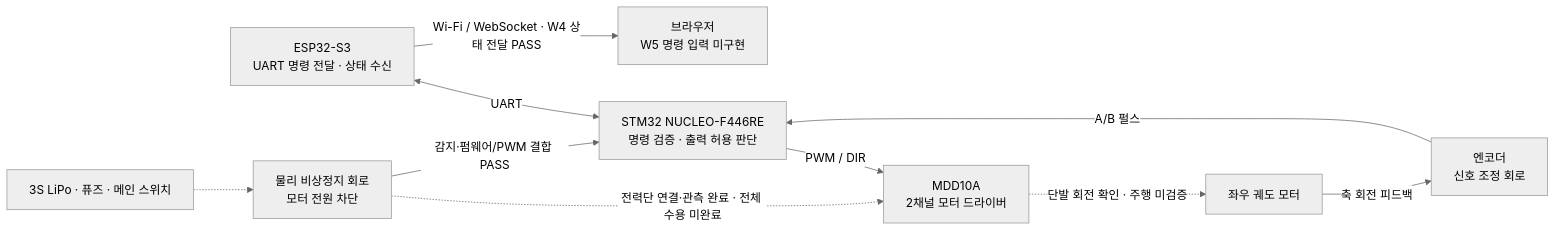
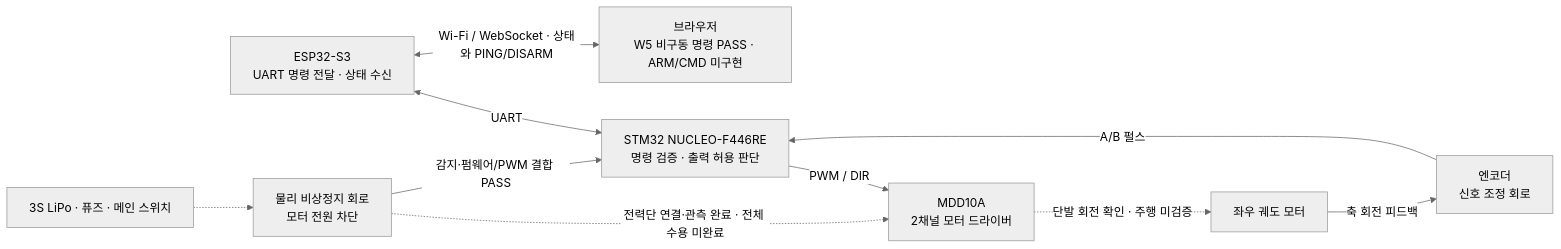
Before and after one commit to pr0ved99/TIL: the diagram in Projects/Tracked_Mobile_Robot/README.md, drawn with Mermaid (neutral theme). The commit also changed other lines of this file and 35 other files, not shown here.

First line of the commit message:
feat(robot): add W5 PING/DISARM command round trips

````diff
--- a/Projects/Tracked_Mobile_Robot/README.md
+++ b/Projects/Tracked_Mobile_Robot/README.md
@@ -43,12 +43,12 @@
 ```mermaid
 flowchart LR
     ESP["ESP32-S3<br/>UART 명령 전달 · 상태 수신"] <-->|UART| STM["STM32 NUCLEO-F446RE<br/>명령 검증 · 출력 허용 판단"]
-    ESP -->|Wi-Fi / WebSocket · W4 상태 전달 PASS| WEB["브라우저<br/>W5 명령 입력 미구현"]
+    ESP <-->|Wi-Fi / WebSocket · 상태와 PING/DISARM| WEB["브라우저<br/>W5 비구동 명령 PASS · ARM/CMD 미구현"]
     STM -->|PWM / DIR| DRIVER["MDD10A<br/>2채널 모터 드라이버"]
     DRIVER -.->|단발 회전 확인 · 주행 미검증| MOTOR["좌우 궤도 모터"]
     MOTOR -->|축 회전 피드백| ENC["엔코더<br/>신호 조정 회로"]
     ENC -->|A/B 펄스| STM
     BAT["3S LiPo · 퓨즈 · 메인 스위치"] -.-> STOP["물리 비상정지 회로<br/>모터 전원 차단"]
     STOP -.->|전력단 연결·관측 완료 · 전체 수용 미완료| DRIVER
     STOP -->|감지·펌웨어/PWM 결합 PASS| STM
 ```
````
